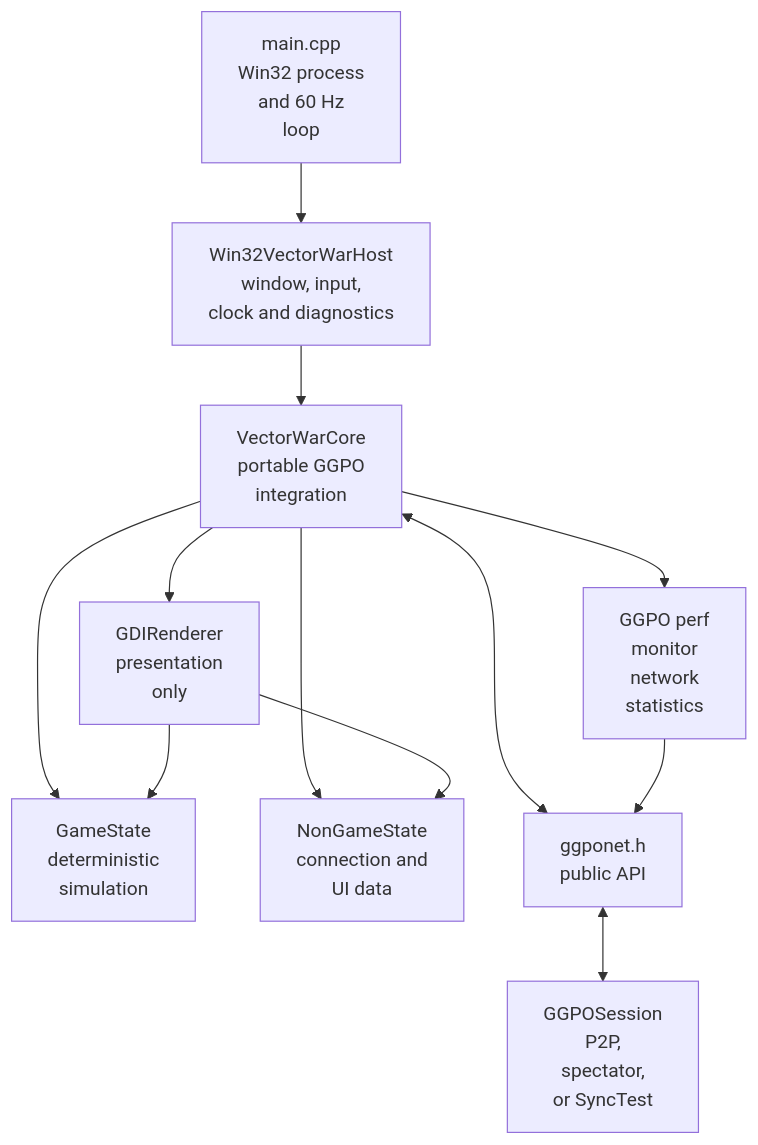
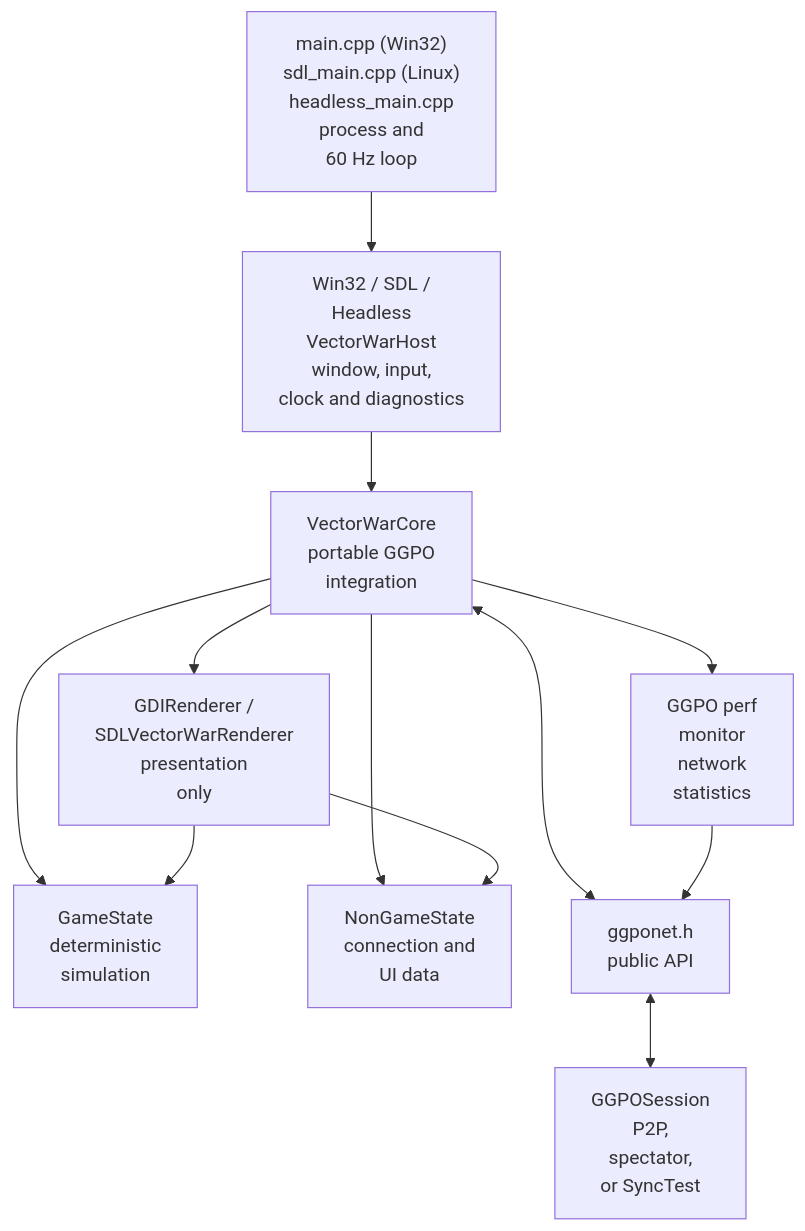
Before and after one commit to irregularthanis/ggpo-next: the first of 7 diagrams in doc/architecture/VectorWar.md, drawn with Mermaid. The commit also changed other lines of this file and 1 other file, not shown here.

First line of the commit message:
docs: describe Vector War Linux SDL and headless hosts

````diff
--- a/doc/architecture/VectorWar.md
+++ b/doc/architecture/VectorWar.md
@@ -38,23 +40,23 @@
 ```mermaid
 flowchart TD
-    Main["main.cpp<br/>Win32 process<br/>and 60 Hz<br/>loop"]
-    Platform["Win32VectorWarHost<br/>window, input,<br/>clock and diagnostics"]
+    Main["main.cpp (Win32)<br/>sdl_main.cpp (Linux)<br/>headless_main.cpp<br/>process and<br/>60 Hz loop"]
+    Platform["Win32 / SDL /<br/>Headless<br/>VectorWarHost<br/>window, input,<br/>clock and diagnostics"]
     Host["VectorWarCore<br/>portable GGPO<br/>integration"]
     Game["GameState<br/>deterministic<br/>simulation"]
     NonGame["NonGameState<br/>connection and<br/>UI data"]
-    Renderer["GDIRenderer<br/>presentation<br/>only"]
+    Renderer["GDIRenderer /<br/>SDLVectorWarRenderer<br/>presentation<br/>only"]
     Perf["GGPO perf<br/>monitor<br/>network<br/>statistics"]
     API["ggponet.h<br/>public API"]
     Session["GGPOSession<br/>P2P,<br/>spectator,<br/>or SyncTest"]
 
     Main --> Platform --> Host
     Host --> Game
     Host --> NonGame
     Host --> Renderer
     Host --> Perf
     Host <--> API
     API <--> Session
     Renderer --> Game
     Renderer --> NonGame
     Perf --> API
 ```
````
